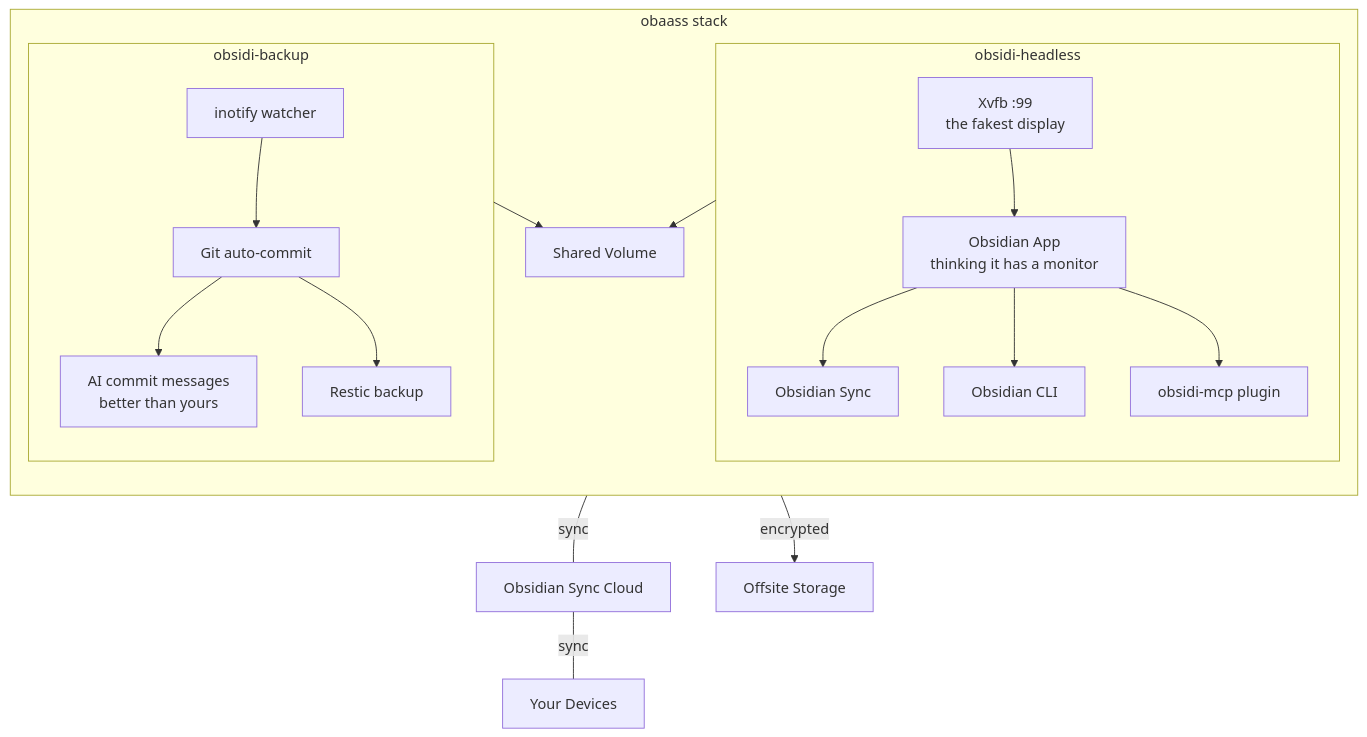
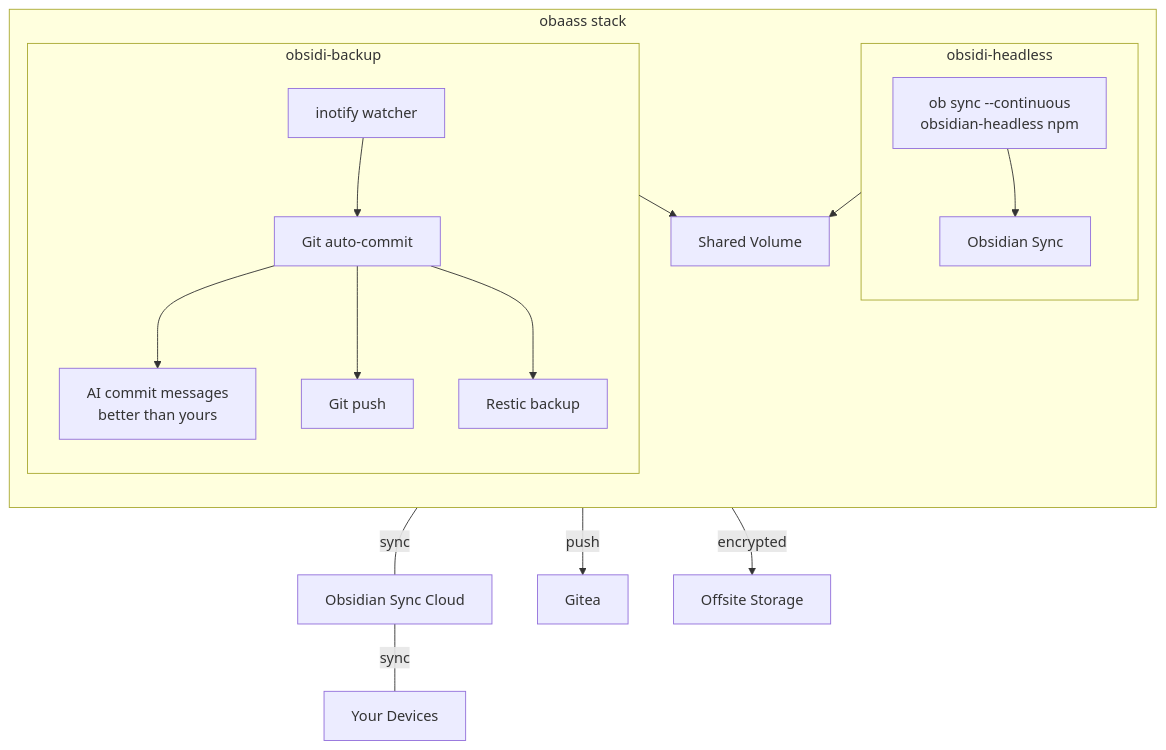
Before and after one commit to cameronsjo/obaass: the third of 5 diagrams in docs/architecture.md, drawn with Mermaid. The commit also changed other lines of this file and 2 other files, not shown here.

First line of the commit message:
feat: update stack for headless migration and git remote push

````diff
--- a/docs/architecture.md
+++ b/docs/architecture.md
@@ -88,41 +89,40 @@
 ```mermaid
 graph TB
     subgraph obaass["obaass stack"]
         direction TB
 
         subgraph obsidian["obsidi-headless"]
-            xvfb["Xvfb :99<br/>the fakest display"]
-            app["Obsidian App<br/>thinking it has a monitor"]
+            ob["ob sync --continuous<br/>obsidian-headless npm"]
             sync["Obsidian Sync"]
-            cli["Obsidian CLI"]
-            mcp["obsidi-mcp plugin"]
-            xvfb --> app
-            app --> sync
-            app --> cli
-            app --> mcp
+            ob --> sync
         end
 
         subgraph backup["obsidi-backup"]
             inotify["inotify watcher"]
             git["Git auto-commit"]
             ai["AI commit messages<br/>better than yours"]
+            push["Git push"]
             restic["Restic backup"]
             inotify --> git
             git --> ai
+            git --> push
             git --> restic
         end
 
         vault["Shared Volume"]
         obsidian --> vault
         backup --> vault
     end
 
     cloud["Obsidian Sync Cloud"]
     sync ---|sync| cloud
 
+    gitea["Gitea"]
+    push -- push --> gitea
+
     offsite["Offsite Storage"]
     restic -- encrypted --> offsite
 
     devices["Your Devices"]
     cloud ---|sync| devices
 ```
````
